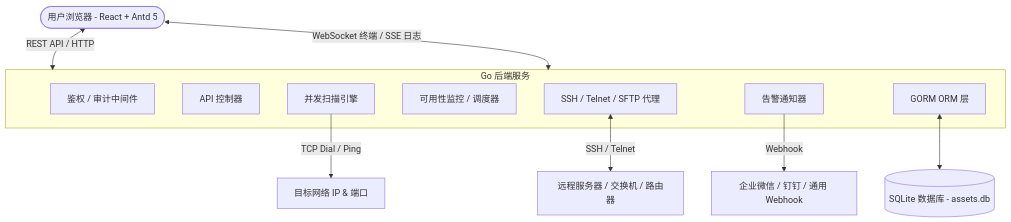
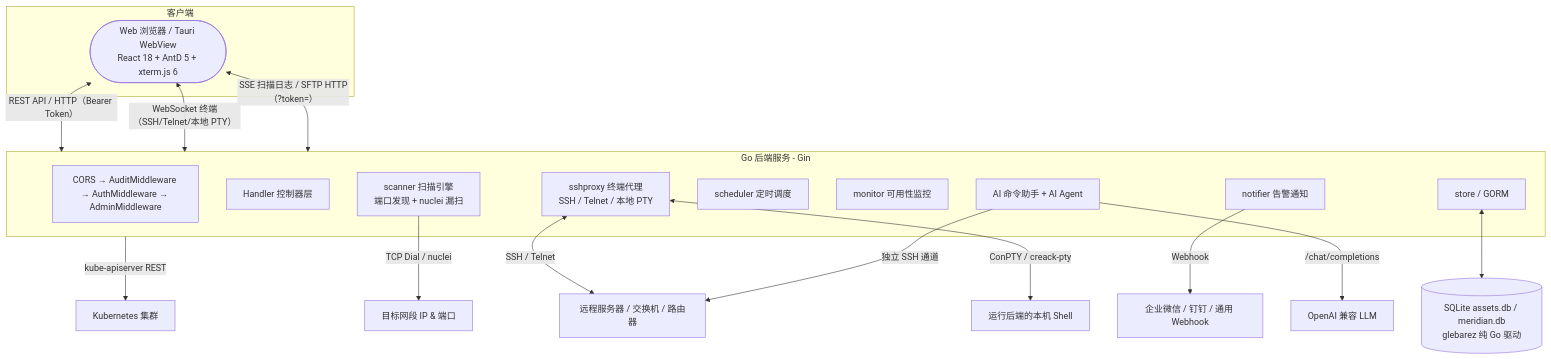
One commit to xumjbn/meridian changed the first of 3 diagrams in docs/architecture.md. Above: the diagram before and after it, drawn with Mermaid. The commit also changed other lines of this file and 8 other files, not shown here.

````diff
--- a/docs/architecture.md
+++ b/docs/architecture.md
@@ -14,20 +16,31 @@
 ```mermaid
 graph TD
-    UserBrowser([用户浏览器 - React + Antd 5]) <-->|REST API / HTTP| GoBackend[Go 后端服务 - Gin]
-    UserBrowser <-->|WebSocket 终端 / SSE 日志| GoBackend
-
-    subgraph GoBackend [Go 后端服务]
-        AuthMW[鉴权 / 审计中间件]
-        APIHandler[API 控制器]
-        ScannerEngine[并发扫描引擎]
-        Monitor[可用性监控 / 调度器]
-        SSHProxy[SSH / Telnet / SFTP 代理]
-        Notifier[告警通知器]
-        GORM[GORM ORM 层]
+    subgraph Client[客户端]
+        Browser([Web 浏览器 / Tauri WebView<br/>React 18 + AntD 5 + xterm.js 6])
     end
 
-    GORM <--> DB[(SQLite 数据库 - assets.db)]
-    ScannerEngine -->|TCP Dial / Ping| TargetNetwork[目标网络 IP & 端口]
-    SSHProxy <-->|SSH / Telnet| TargetHost[远程服务器 / 交换机 / 路由器]
+    Browser <-->|REST API / HTTP（Bearer Token）| Backend
+    Browser <-->|WebSocket 终端（SSH/Telnet/本地 PTY）| Backend
+    Browser <-->|SSE 扫描日志 / SFTP HTTP（?token=）| Backend
+
+    subgraph Backend[Go 后端服务 - Gin]
+        MW[CORS → AuditMiddleware → AuthMiddleware → AdminMiddleware]
+        API[Handler 控制器层]
+        Scanner[scanner 扫描引擎<br/>端口发现 + nuclei 漏扫]
+        SSHProxy[sshproxy 终端代理<br/>SSH / Telnet / 本地 PTY]
+        Scheduler[scheduler 定时调度]
+        Monitor[monitor 可用性监控]
+        Notifier[notifier 告警通知]
+        AI[AI 命令助手 + AI Agent]
+        Store[store / GORM]
+    end
+
+    Store <--> DB[(SQLite assets.db / meridian.db<br/>glebarez 纯 Go 驱动)]
+    Scanner -->|TCP Dial / nuclei| TargetNet[目标网段 IP & 端口]
+    SSHProxy <-->|SSH / Telnet| RemoteHost[远程服务器 / 交换机 / 路由器]
+    SSHProxy <-->|ConPTY / creack-pty| LocalShell[运行后端的本机 Shell]
+    AI -->|独立 SSH 通道| RemoteHost
+    AI -->|/chat/completions| LLM[OpenAI 兼容 LLM]
+    Backend -->|kube-apiserver REST| K8s[Kubernetes 集群]
     Notifier -->|Webhook| IM[企业微信 / 钉钉 / 通用 Webhook]
 ```
````
